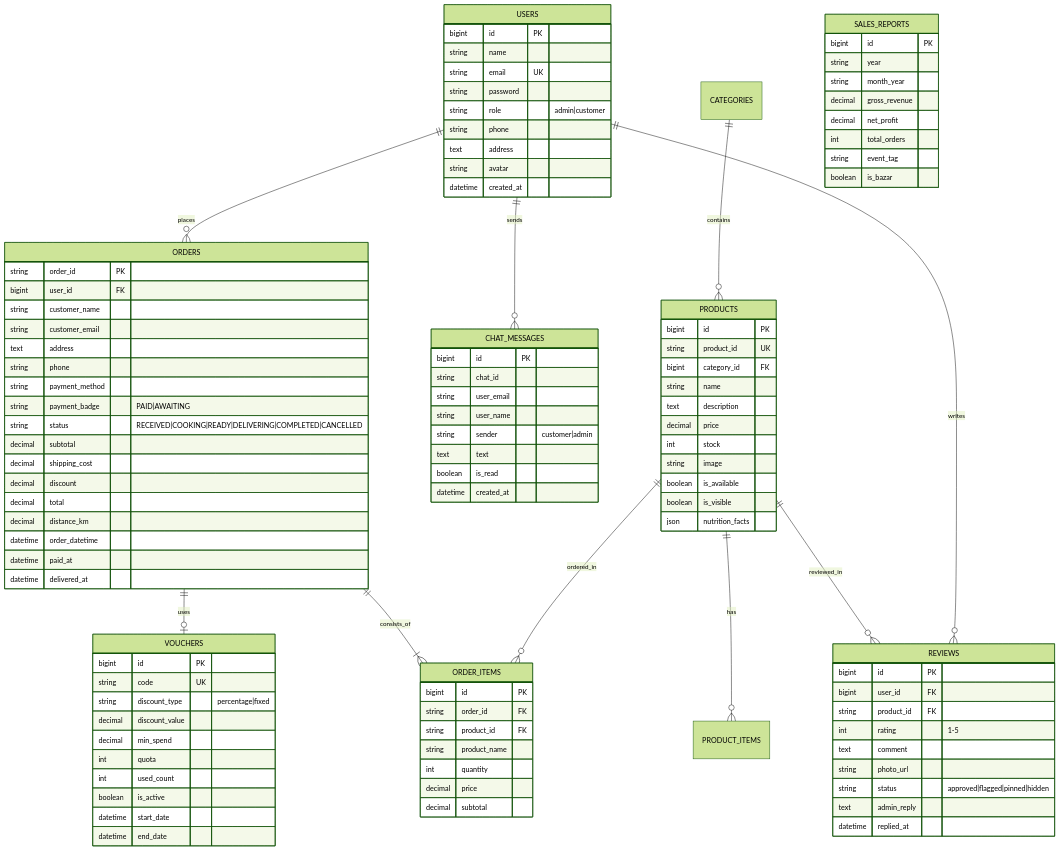
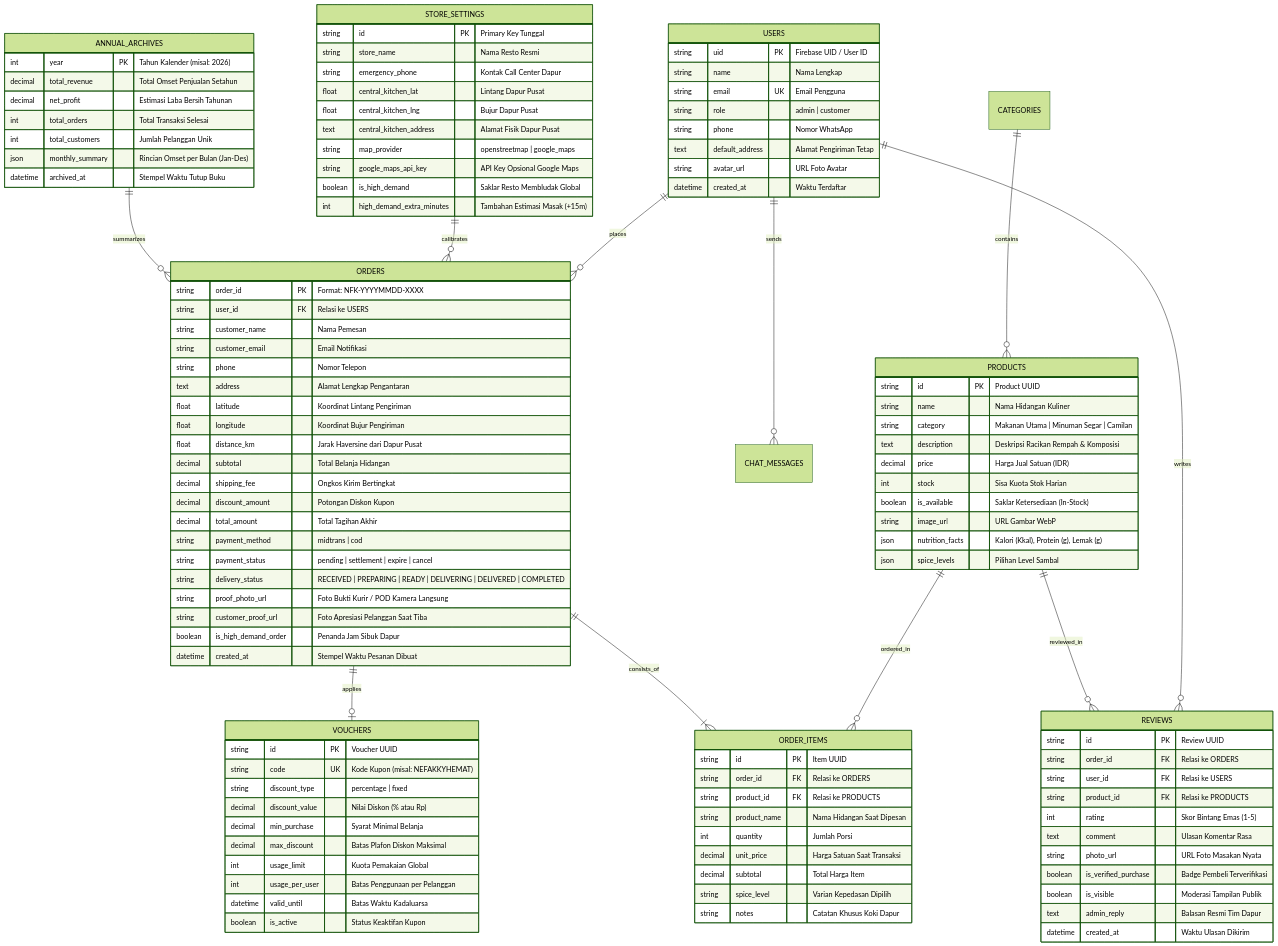
One commit to fatihahmadzakky19/Nefakky3 changed the diagram in nefakky3/docs/DATABASE.md. Above: the diagram before and after it, drawn with Mermaid (forest theme). The commit also changed other lines of this file and 15 other files, not shown here.

````diff
--- a/nefakky3/docs/DATABASE.md
+++ b/nefakky3/docs/DATABASE.md
@@ -17,113 +16,121 @@
     
     CATEGORIES ||--o{ PRODUCTS : "contains"
     
-    PRODUCTS ||--o{ PRODUCT_ITEMS : "has"
     PRODUCTS ||--o{ ORDER_ITEMS : "ordered_in"
     PRODUCTS ||--o{ REVIEWS : "reviewed_in"
     
     ORDERS ||--|{ ORDER_ITEMS : "consists_of"
-    ORDERS ||--o| VOUCHERS : "uses"
-    
+    ORDERS ||--o| VOUCHERS : "applies"
+
+    STORE_SETTINGS ||--o{ ORDERS : "calibrates"
+    ANNUAL_ARCHIVES ||--o{ ORDERS : "summarizes"
+
     USERS {
-        bigint id PK
-        string name
-        string email UK
-        string password
-        string role "admin|customer"
-        string phone
-        text address
-        string avatar
-        datetime created_at
+        string uid PK "Firebase UID / User ID"
+        string name "Nama Lengkap"
+        string email UK "Email Pengguna"
+        string role "admin | customer"
+        string phone "Nomor WhatsApp"
+        text default_address "Alamat Pengiriman Tetap"
+        string avatar_url "URL Foto Avatar"
+        datetime created_at "Waktu Terdaftar"
     }
 
     PRODUCTS {
-        bigint id PK
-        string product_id UK
-        bigint category_id FK
-        string name
-        text description
-        decimal price
-        int stock
-        string image
-        boolean is_available
-        boolean is_visible
-        json nutrition_facts
+        string id PK "Product UUID"
+        string name "Nama Hidangan Kuliner"
+        string category "Makanan Utama | Minuman Segar | Camilan"
+        text description "Deskripsi Racikan Rempah & Komposisi"
+        decimal price "Harga Jual Satuan (IDR)"
+        int stock "Sisa Kuota Stok Harian"
+        boolean is_available "Saklar Ketersediaan (In-Stock)"
+        string image_url "URL Gambar WebP"
+        json nutrition_facts "Kalori (Kkal), Protein (g), Lemak (g)"
+        json spice_levels "Pilihan Level Sambal"
     }
 
     ORDERS {
-        string order_id PK
-        bigint user_id FK
-        string customer_name
-        string customer_email
-        text address
-        string phone
-        string payment_method
-        string payment_badge "PAID|AWAITING"
-        string status "RECEIVED|COOKING|READY|DELIVERING|COMPLETED|CANCELLED"
-        decimal subtotal
-        decimal shipping_cost
-        decimal discount
-        decimal total
-        decimal distance_km
-        datetime order_datetime
-        datetime paid_at
-        datetime delivered_at
+        string order_id PK "Format: NFK-YYYYMMDD-XXXX"
+        string user_id FK "Relasi ke USERS"
+        string customer_name "Nama Pemesan"
+        string customer_email "Email Notifikasi"
+        string phone "Nomor Telepon"
+        text address "Alamat Lengkap Pengantaran"
+        float latitude "Koordinat Lintang Pengiriman"
+        float longitude "Koordinat Bujur Pengiriman"
+        float distance_km "Jarak Haversine dari Dapur Pusat"
+        decimal subtotal "Total Belanja Hidangan"
+        decimal shipping_fee "Ongkos Kirim Bertingkat"
+        decimal discount_amount "Potongan Diskon Kupon"
+        decimal total_amount "Total Tagihan Akhir"
+        string payment_method "midtrans | cod"
+        string payment_status "pending | settlement | expire | cancel"
+        string delivery_status "RECEIVED | PREPARING | READY | DELIVERING | DELIVERED | COMPLETED"
+        string proof_photo_url "Foto Bukti Kurir / POD Kamera Langsung"
+        string customer_proof_url "Foto Apresiasi Pelanggan Saat Tiba"
+        boolean is_high_demand_order "Penanda Jam Sibuk Dapur"
+        datetime created_at "Stempel Waktu Pesanan Dibuat"
     }
 
     ORDER_ITEMS {
-        bigint id PK
-        string order_id FK
-        string product_id FK
-        string product_name
-        int quantity
-        decimal price
-        decimal subtotal
+        string id PK "Item UUID"
+        string order_id FK "Relasi ke ORDERS"
+        string product_id FK "Relasi ke PRODUCTS"
+        string product_name "Nama Hidangan Saat Dipesan"
+        int quantity "Jumlah Porsi"
+        decimal unit_price "Harga Satuan Saat Transaksi"
+        decimal subtotal "Total Harga Item"
+        string spice_level "Varian Kepedasan Dipilih"
+        string notes "Catatan Khusus Koki Dapur"
     }
 
     VOUCHERS {
-        bigint id PK
-        string code UK
-        string discount_type "percentage|fixed"
-        decimal discount_value
-        decimal min_spend
-        int quota
-        int used_count
-        boolean is_active
-        datetime start_date
-        datetime end_date
+        string id PK "Voucher UUID"
+        string code UK "Kode Kupon (misal: NEFAKKYHEMAT)"
+        string discount_type "percentage | fixed"
+        decimal discount_value "Nilai Diskon (% atau Rp)"
+        decimal min_purchase "Syarat Minimal Belanja"
+        decimal max_discount "Batas Plafon Diskon Maksimal"
+        int usage_limit "Kuota Pemakaian Global"
+        int usage_per_user "Batas Penggunaan per Pelanggan"
+        datetime valid_until "Batas Waktu Kadaluarsa"
+        boolean is_active "Status Keaktifan Kupon"
     }
 
     REVIEWS {
-        bigint id PK
-        bigint user_id FK
-        string product_id FK
-        int rating "1-5"
-        text comment
-        string photo_url
-        string status "approved|flagged|pinned|hidden"
-        text admin_reply
-        datetime replied_at
+        string id PK "Review UUID"
+        string order_id FK "Relasi ke ORDERS"
+        string user_id FK "Relasi ke USERS"
+        string product_id FK "Relasi ke PRODUCTS"
+        int rating "Skor Bintang Emas (1-5)"
+        text comment "Ulasan Komentar Rasa"
+        string photo_url "URL Foto Masakan Nyata"
+        boolean is_verified_purchase "Badge Pembeli Terverifikasi"
+        boolean is_visible "Moderasi Tampilan Publik"
+        text admin_reply "Balasan Resmi Tim Dapur"
+        datetime created_at "Waktu Ulasan Dikirim"
     }
 
-    SALES_REPORTS {
-        bigint id PK
-        string year
-        string month_year
-        decimal gross_revenue
-        decimal net_profit
-        int total_orders
-        string event_tag
-        boolean is_bazar
+    STORE_SETTINGS {
+        string id PK "Primary Key Tunggal"
+        string store_name "Nama Resto Resmi"
+        string emergency_phone "Kontak Call Center Dapur"
+        float central_kitchen_lat "Lintang Dapur Pusat"
+        float central_kitchen_lng "Bujur Dapur Pusat"
+        text central_kitchen_address "Alamat Fisik Dapur Pusat"
+        string map_provider "openstreetmap | google_maps"
+        string google_maps_api_key "API Key Opsional Google Maps"
+        boolean is_high_demand "Saklar Resto Membludak Global"
+        int high_demand_extra_minutes "Tambahan Estimasi Masak (+15m)"
     }
 
-    CHAT_MESSAGES {
-        bigint id PK
-        string chat_id
-        string user_email
-        string user_name
-        string sender "customer|admin"
-        text text
-        boolean is_read
-        datetime created_at
+    ANNUAL_ARCHIVES {
+        int year PK "Tahun Kalender (misal: 2026)"
+        decimal total_revenue "Total Omset Penjualan Setahun"
+        decimal net_profit "Estimasi Laba Bersih Tahunan"
+        int total_orders "Total Transaksi Selesai"
+        int total_customers "Jumlah Pelanggan Unik"
+        json monthly_summary "Rincian Omset per Bulan (Jan-Des)"
+        datetime archived_at "Stempel Waktu Tutup Buku"
     }
 ```
````
